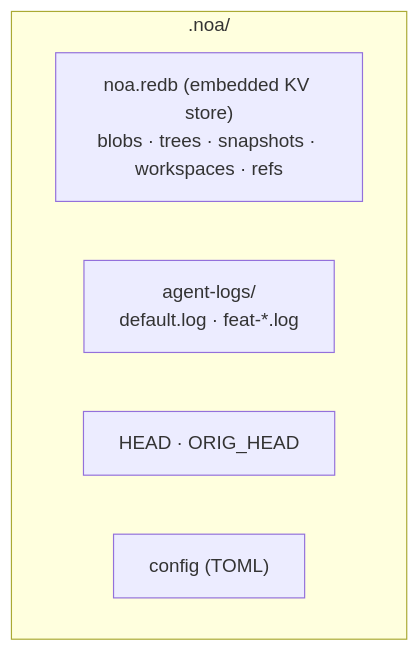
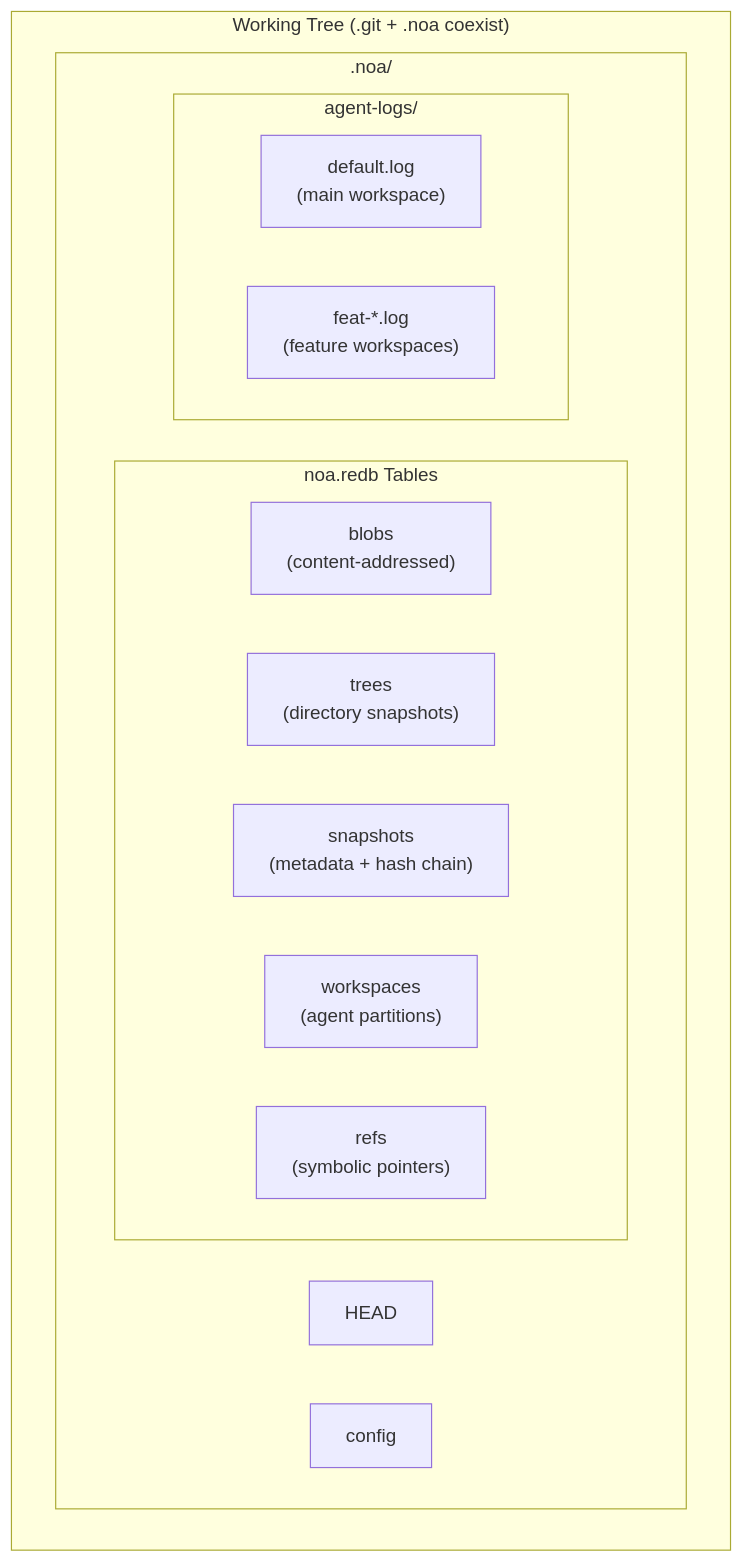
One commit to celestia-island/noa changed the first of 4 diagrams in README.md. Above: the diagram before and after it, drawn with Mermaid. The commit also changed other lines of this file and 17 other files, not shown here.

````diff
--- a/README.md
+++ b/README.md
@@ -62,9 +71,27 @@
 ```mermaid
 graph TD
-    subgraph NOA[".noa/"]
-        DB["noa.redb (embedded KV store)<br/>blobs · trees · snapshots · workspaces · refs"]
-        LOGS["agent-logs/<br/>default.log · feat-*.log"]
-        HEAD["HEAD · ORIG_HEAD"]
-        CFG["config (TOML)"]
+    subgraph WT["Working Tree (.git + .noa coexist)"]
+        direction LR
+        subgraph NOA[".noa/"]
+            DB["noa.redb<br/>(embedded KV store)"]
+            LOGS["agent-logs/"]
+            HEAD["HEAD"]
+            CFG["config"]
+        end
+    end
+
+    subgraph DB["noa.redb Tables"]
+        direction LR
+        BLOBS["blobs<br/>(content-addressed)"]
+        TREES["trees<br/>(directory snapshots)"]
+        SNAPS["snapshots<br/>(metadata + hash chain)"]
+        WS["workspaces<br/>(agent partitions)"]
+        REFS["refs<br/>(symbolic pointers)"]
+    end
+
+    subgraph LOGS["agent-logs/"]
+        direction LR
+        DL["default.log<br/>(main workspace)"]
+        F1["feat-*.log<br/>(feature workspaces)"]
     end
 ```
````
